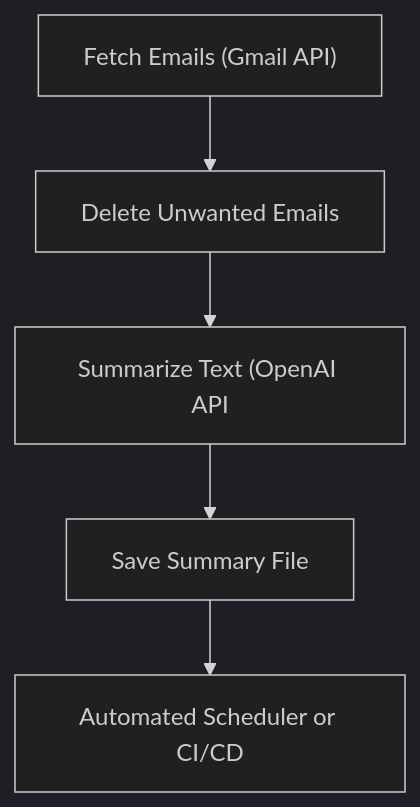
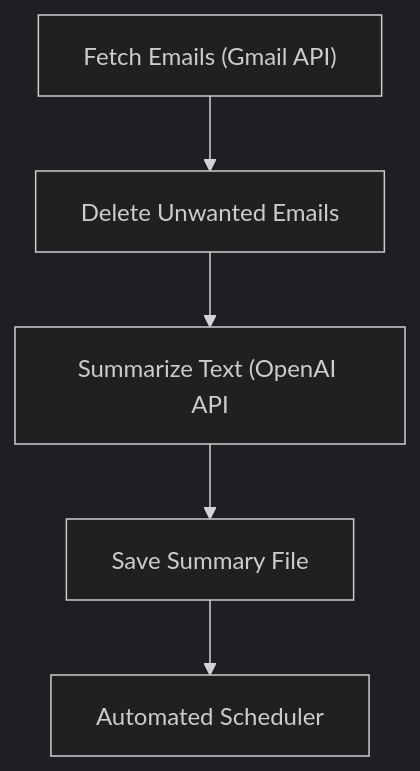
One commit to Anni-Bamwenda/Email-Optimization-Assistant changed the diagram in README.md. Above: the diagram before and after it, drawn with Mermaid (dark theme). The commit also changed other lines of this file, not shown here.

````diff
--- a/README.md
+++ b/README.md
@@ -18,7 +18,7 @@
 ```mermaid
 flowchart TD
   A["Fetch Emails (Gmail API)"] --> B["Delete Unwanted Emails"]
   B --> C["Summarize Text (OpenAI API"]
   C --> D["Save Summary File"]
-  D --> E["Automated Scheduler or CI/CD"]
+  D --> E["Automated Scheduler"]
 ```
````
